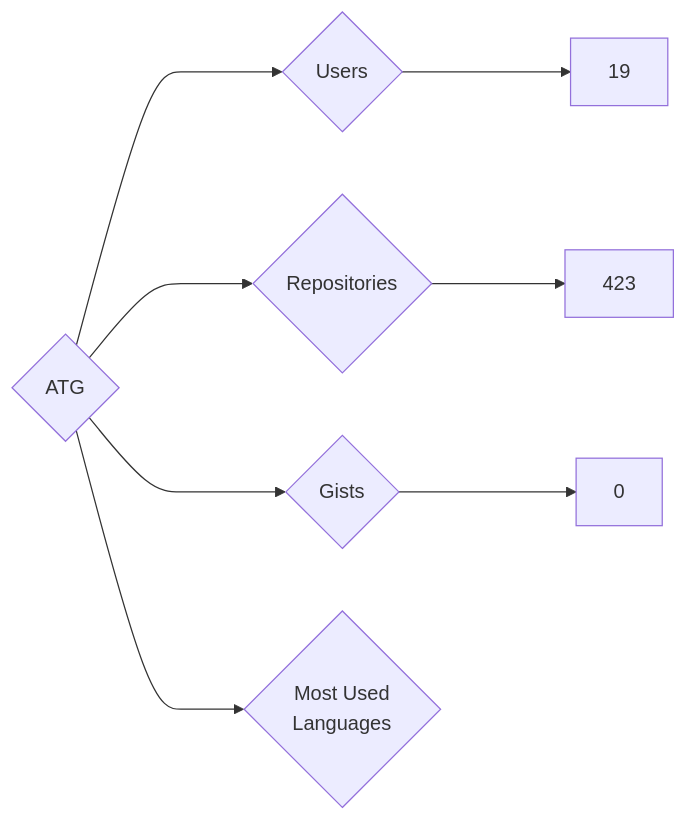
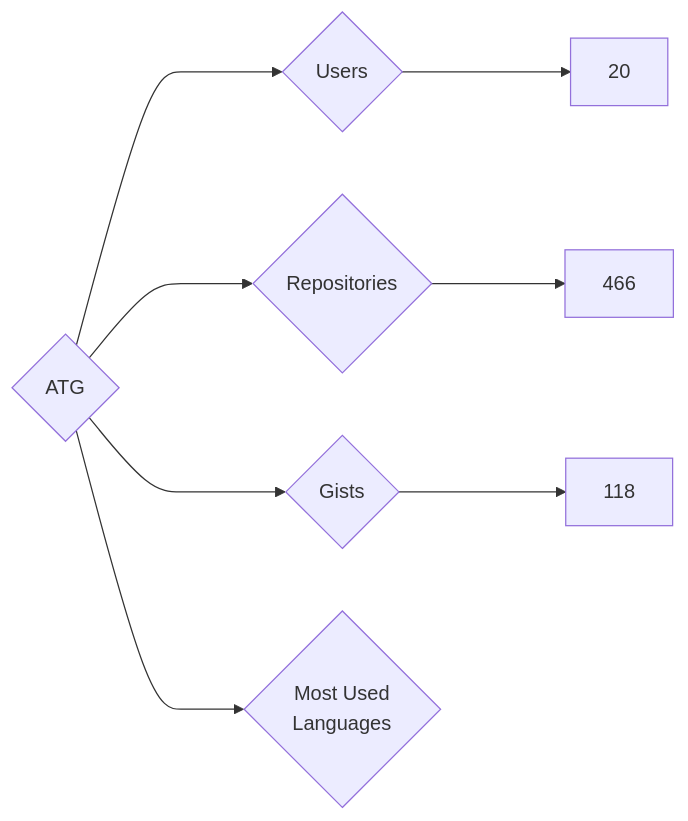
The diagram in targets/ATG/README.md (nenadzaric/insiders), drawn with Mermaid before and after one commit. The commit also changed 1342 other files, not shown here.

````diff
--- a/targets/ATG/README.md
+++ b/targets/ATG/README.md
@@ -3,8 +3,8 @@
 ```mermaid
 graph LR
 COMPANY_NAME{ATG}
-COMPANY_NAME ---> U{Users} ---> UN[19]
-COMPANY_NAME ---> R{Repositories} ---> RN[423]
-COMPANY_NAME ---> G{Gists} ---> GN[0]
+COMPANY_NAME ---> U{Users} ---> UN[20]
+COMPANY_NAME ---> R{Repositories} ---> RN[466]
+COMPANY_NAME ---> G{Gists} ---> GN[118]
 COMPANY_NAME ---> ML{Most Used<br>Languages}
 ```
````
